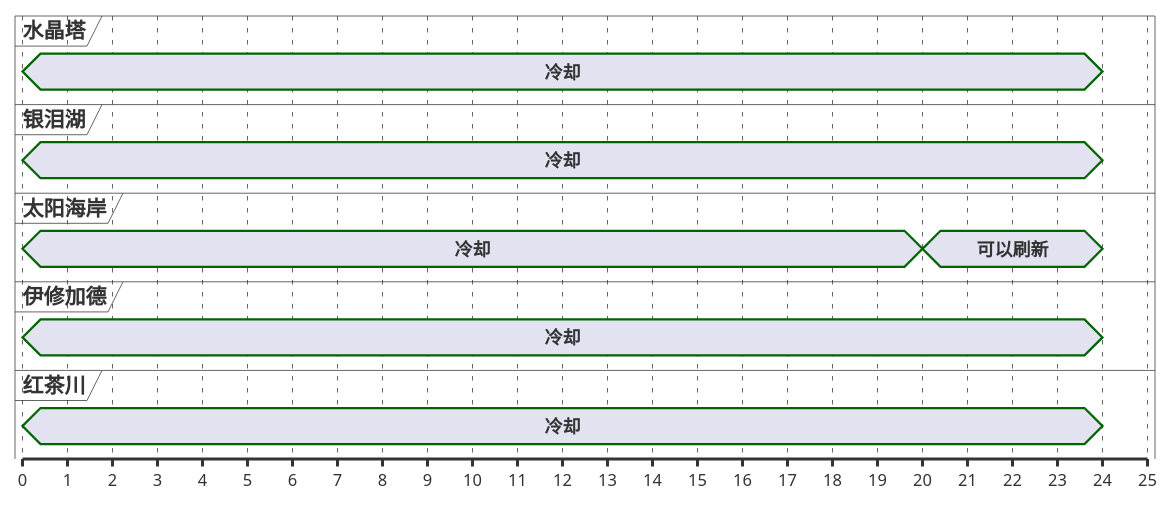
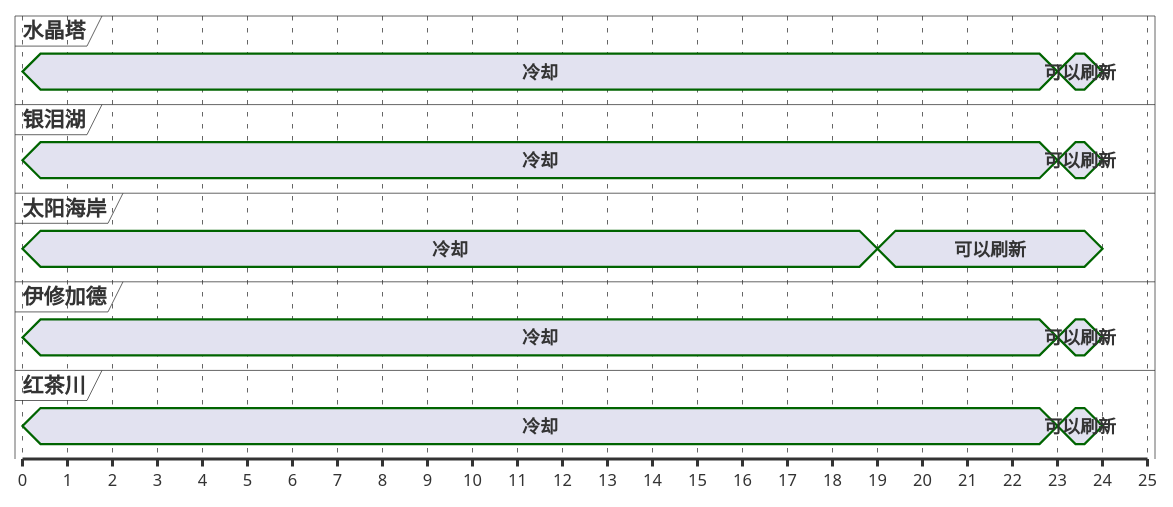
Before and after one commit to Eroleice/doc-pi: the fourth of 13 diagrams in ffxiv/hunt/2.0/Chernobog.md, drawn with PlantUML. The commit also changed other lines of this file and 38 other files, not shown here.

````diff
--- a/ffxiv/hunt/2.0/Chernobog.md
+++ b/ffxiv/hunt/2.0/Chernobog.md
@@ -195,33 +201,37 @@
 ```plantuml
 @startuml
 scale 1 as 30 pixels
 
 concise 水晶塔
 concise 银泪湖
 concise 太阳海岸
 concise 伊修加德
 concise 红茶川
 
 @太阳海岸
 0 is 冷却
-20 is 可以刷新
+19 is 可以刷新
 24 is {hidden}
 
 @银泪湖
 0 is 冷却
+23 is 可以刷新
 24 is {hidden}
 
 @水晶塔
 0 is 冷却
+23 is 可以刷新
 24 is {hidden}
 
 @红茶川
 0 is 冷却
+23 is 可以刷新
 24 is {hidden}
 
 @伊修加德
 0 is 冷却
+23 is 可以刷新
 24 is {hidden}
 
 @enduml
 ```
````
